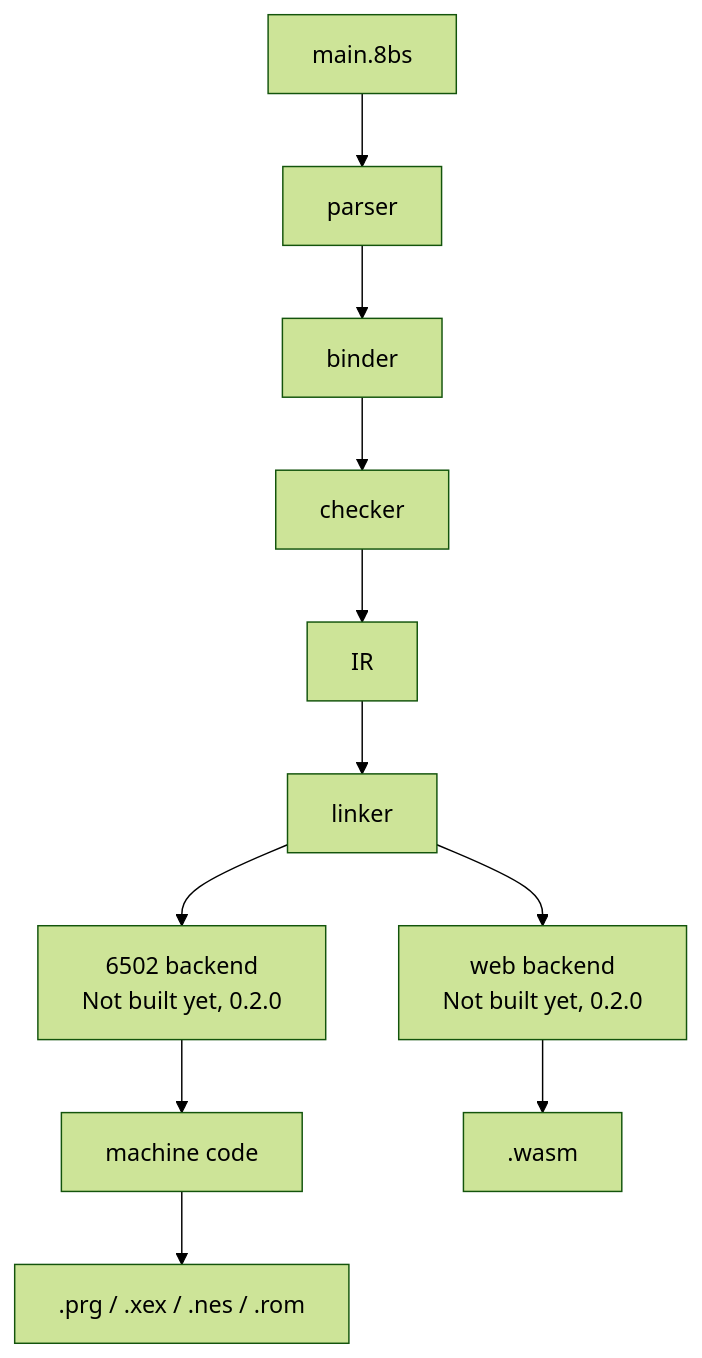
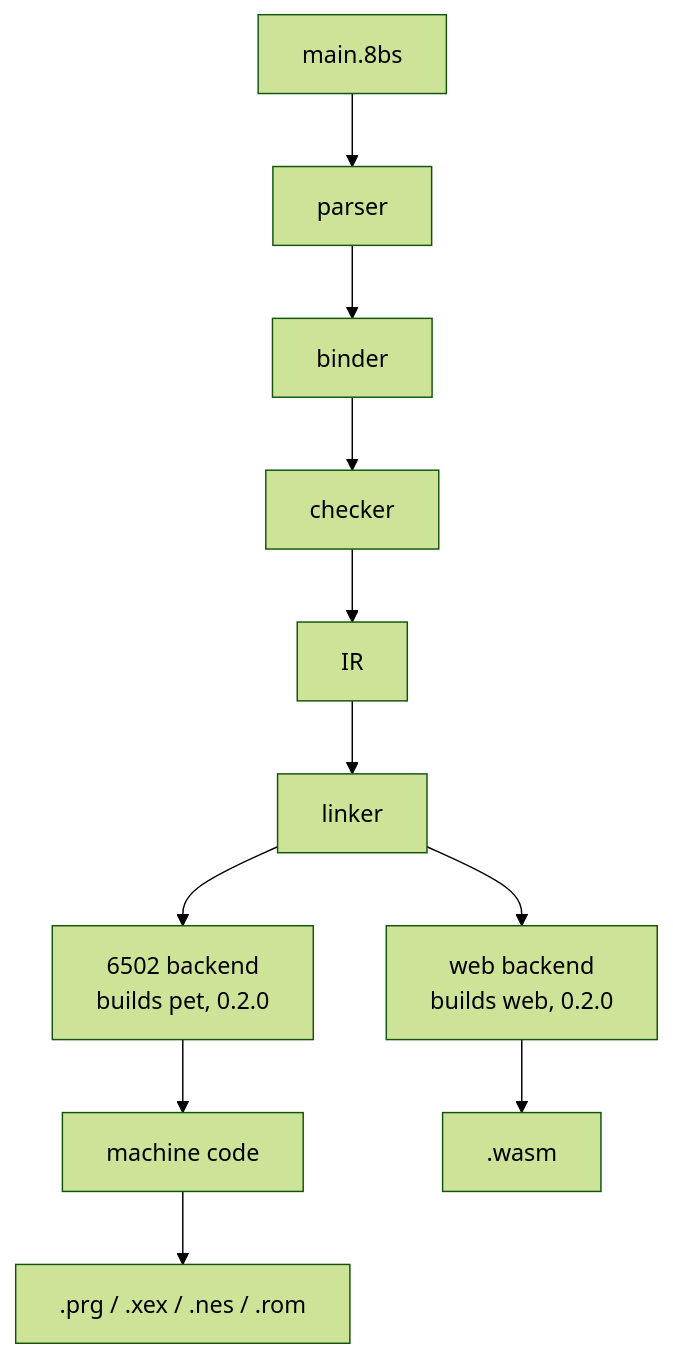
The diagram in README.md (8BitScript/8bitscript), drawn with Mermaid (forest theme) before and after one commit. The commit also changed other lines of this file and 6 other files, not shown here.

````diff
--- a/README.md
+++ b/README.md
@@ -60,13 +74,13 @@
 ```mermaid
 flowchart TD
     SRC["main.8bs"] --> PARSER["parser"]
     PARSER --> BINDER["binder"]
     BINDER --> CHECKER["checker"]
     CHECKER --> IR["IR"]
     IR --> LINKER["linker"]
-    LINKER --> MOS["6502 backend<br/>Not built yet, 0.2.0"]
-    LINKER --> WEB["web backend<br/>Not built yet, 0.2.0"]
+    LINKER --> MOS["6502 backend<br/>builds pet, 0.2.0"]
+    LINKER --> WEB["web backend<br/>builds web, 0.2.0"]
     MOS --> MC["machine code"]
     MC --> PRG[".prg / .xex / .nes / .rom"]
     WEB --> WASM[".wasm"]
 ```
````
